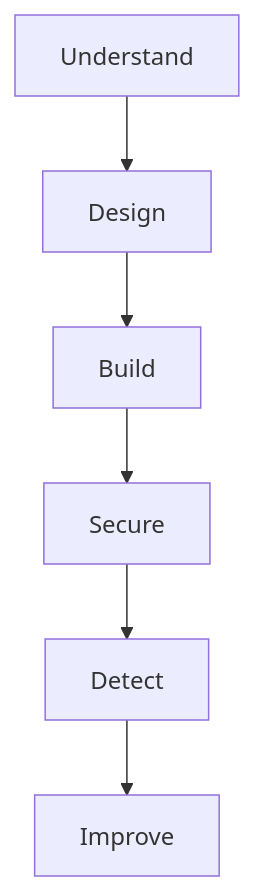
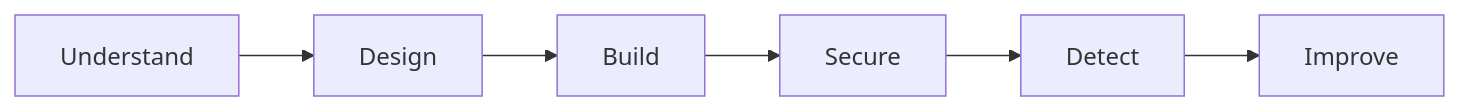
The diagram in ROADMAP.md (lxrider/saas-security-lab), drawn with Mermaid before and after one commit.

Commit message:
Change flowchart direction from TD to LR

````diff
--- a/ROADMAP.md
+++ b/ROADMAP.md
@@ -5,8 +5,8 @@
 ```mermaid
-flowchart TD
+flowchart LR
     A["Understand"] --> B["Design"]
     B --> C["Build"]
     C --> D["Secure"]
     D --> E["Detect"]
     E --> F["Improve"]
 ```
````
